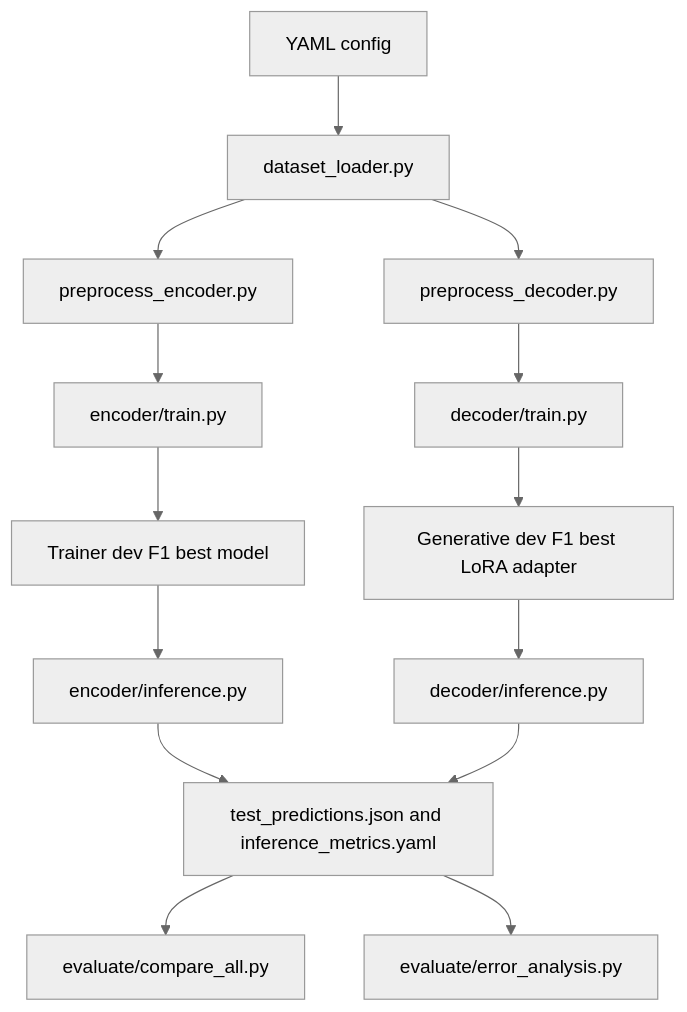
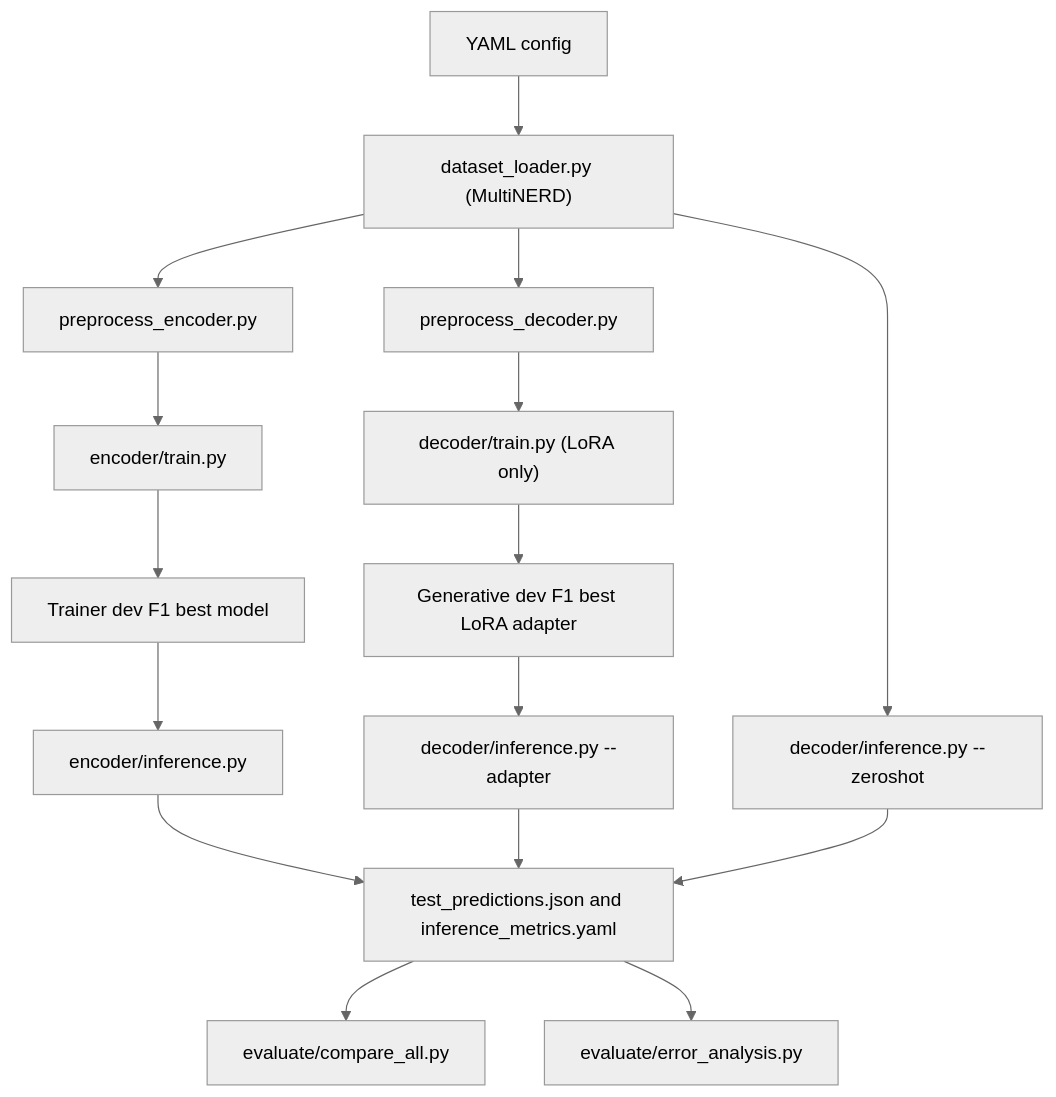
One commit to luajosman/bachelor-thesis-llm-vs-encoder-ner changed the diagram in README.md. Above: the diagram before and after it, drawn with Mermaid (neutral theme). The commit also changed other lines of this file and 15 other files, not shown here.

````diff
--- a/README.md
+++ b/README.md
@@ -155,16 +169,18 @@
 ```mermaid
 flowchart TD
-    A["YAML config"] --> B["dataset_loader.py"]
+    A["YAML config"] --> B["dataset_loader.py (MultiNERD)"]
     B --> C1["preprocess_encoder.py"]
     B --> C2["preprocess_decoder.py"]
     C1 --> D1["encoder/train.py"]
-    C2 --> D2["decoder/train.py"]
+    C2 --> D2["decoder/train.py (LoRA only)"]
     D1 --> E1["Trainer dev F1 best model"]
     D2 --> E2["Generative dev F1 best LoRA adapter"]
     E1 --> F1["encoder/inference.py"]
-    E2 --> F2["decoder/inference.py"]
+    E2 --> F2a["decoder/inference.py --adapter"]
+    B --> F2b["decoder/inference.py --zeroshot"]
     F1 --> G["test_predictions.json and inference_metrics.yaml"]
-    F2 --> G
+    F2a --> G
+    F2b --> G
     G --> H["evaluate/compare_all.py"]
     G --> I["evaluate/error_analysis.py"]
 ```
````
